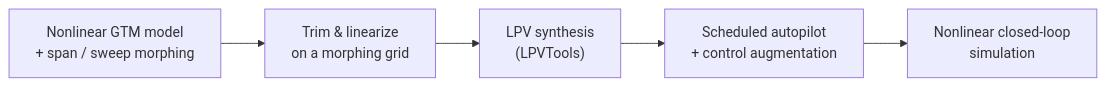
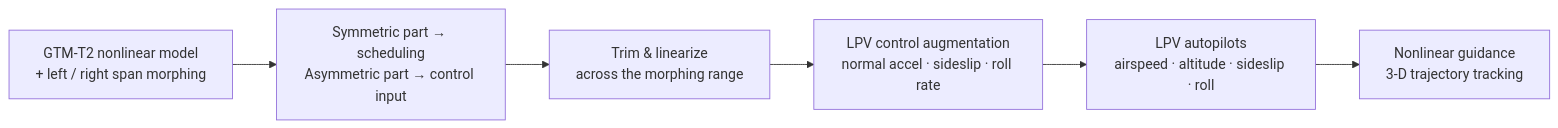
One commit to jihoonlee91/gtm-lpv-control changed the diagram in README.md. Above: the diagram before and after it, drawn with Mermaid. The commit also changed other lines of this file, not shown here.

Commit message:
README: link to the right papers (this code is the Sensors 2023 / dissertation work on GTM-T2; AIAA 2019 used the F-18 HARV model)

````diff
--- a/README.md
+++ b/README.md
@@ -25,7 +26,8 @@
 ```mermaid
 flowchart LR
-    A["Nonlinear GTM model<br/>+ span / sweep morphing"] --> B["Trim & linearize<br/>on a morphing grid"]
-    B --> C["LPV synthesis<br/>(LPVTools)"]
-    C --> D["Scheduled autopilot<br/>+ control augmentation"]
-    D --> E["Nonlinear closed-loop<br/>simulation"]
+    A["GTM-T2 nonlinear model<br/>+ left / right span morphing"] --> B["Symmetric part → scheduling<br/>Asymmetric part → control input"]
+    B --> C["Trim & linearize<br/>across the morphing range"]
+    C --> D["LPV control augmentation<br/>normal accel · sideslip · roll rate"]
+    D --> E["LPV autopilots<br/>airspeed · altitude · sideslip · roll"]
+    E --> F["Nonlinear guidance<br/>3-D trajectory tracking"]
 ```
````
